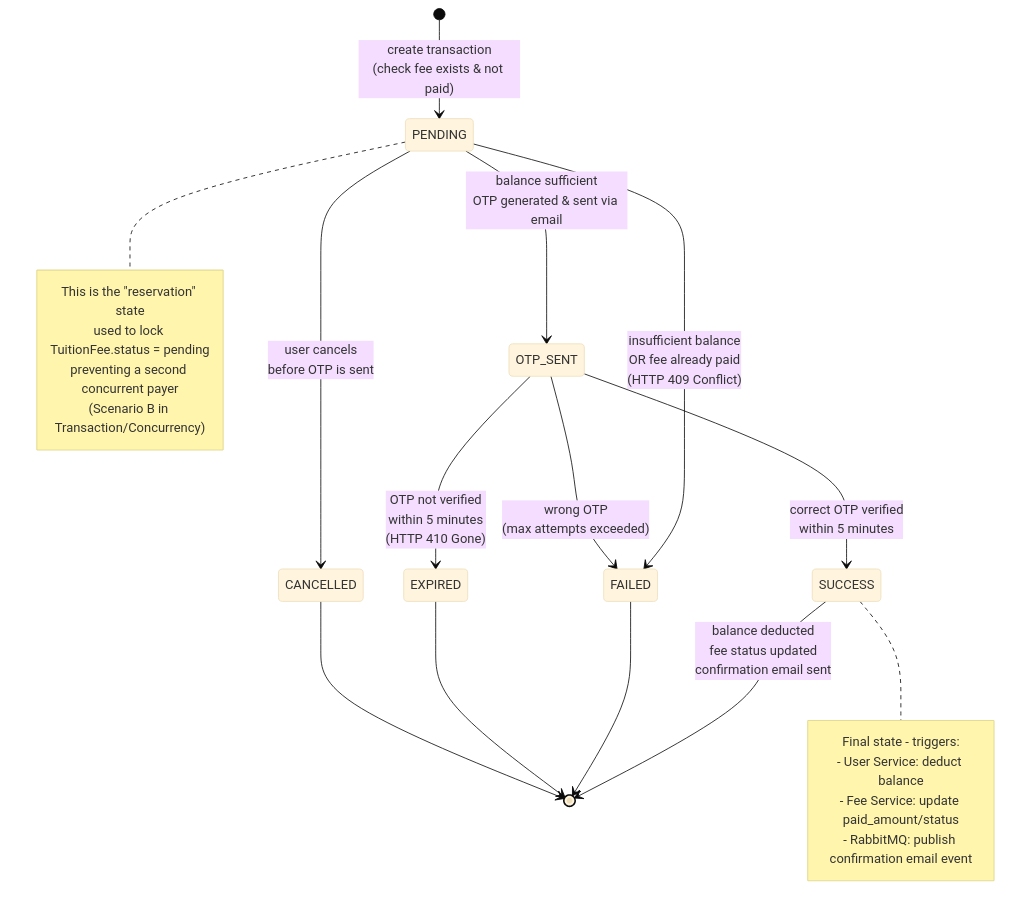
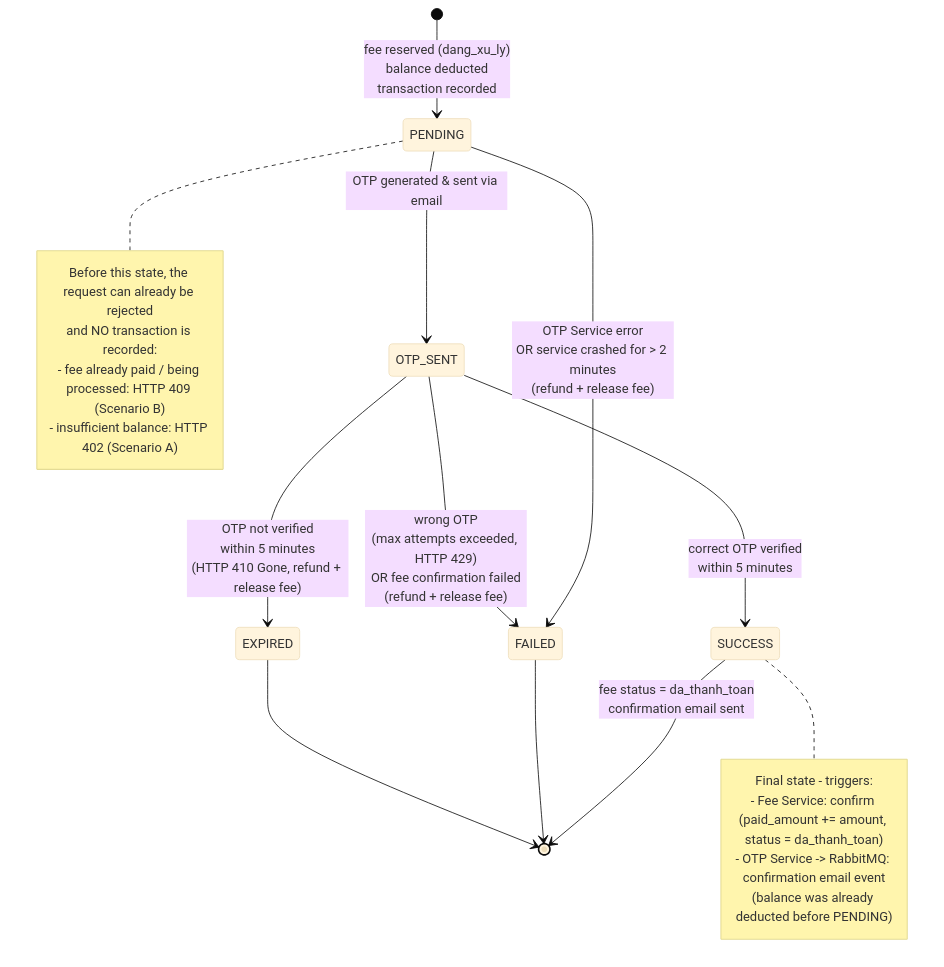
Before and after one commit to anle2072006/iBanking: the diagram in docs/diagrams/transaction_state_diagram.mermaid, drawn with Mermaid (base theme). The commit also changed 6 other files, not shown here.

```diff
--- a/docs/diagrams/transaction_state_diagram.mermaid
+++ b/docs/diagrams/transaction_state_diagram.mermaid
@@ -1,29 +1,27 @@
 stateDiagram-v2
-    [*] --> PENDING : create transaction<br/>(check fee exists & not paid)
+    [*] --> PENDING : fee reserved (dang_xu_ly)<br/>balance deducted<br/>transaction recorded
 
-    PENDING --> OTP_SENT : balance sufficient<br/>OTP generated & sent via email
-    PENDING --> FAILED : insufficient balance<br/>OR fee already paid<br/>(HTTP 409 Conflict)
-    PENDING --> CANCELLED : user cancels<br/>before OTP is sent
+    PENDING --> OTP_SENT : OTP generated & sent via email
+    PENDING --> FAILED : OTP Service error<br/>OR service crashed for > 2 minutes<br/>(refund + release fee)
 
     OTP_SENT --> SUCCESS : correct OTP verified<br/>within 5 minutes
-    OTP_SENT --> FAILED : wrong OTP<br/>(max attempts exceeded)
-    OTP_SENT --> EXPIRED : OTP not verified<br/>within 5 minutes<br/>(HTTP 410 Gone)
+    OTP_SENT --> FAILED : wrong OTP<br/>(max attempts exceeded, HTTP 429)<br/>OR fee confirmation failed<br/>(refund + release fee)
+    OTP_SENT --> EXPIRED : OTP not verified<br/>within 5 minutes<br/>(HTTP 410 Gone, refund + release fee)
 
-    SUCCESS --> [*] : balance deducted<br/>fee status updated<br/>confirmation email sent
+    SUCCESS --> [*] : fee status = da_thanh_toan<br/>confirmation email sent
     FAILED --> [*]
     EXPIRED --> [*]
-    CANCELLED --> [*]
 
     note right of SUCCESS
         Final state - triggers:
-        - User Service: deduct balance
-        - Fee Service: update paid_amount/status
-        - RabbitMQ: publish confirmation email event
+        - Fee Service: confirm (paid_amount += amount, status = da_thanh_toan)
+        - OTP Service -> RabbitMQ: confirmation email event
+        (balance was already deducted before PENDING)
     end note
 
     note right of PENDING
-        This is the "reservation" state
-        used to lock TuitionFee.status = pending
-        preventing a second concurrent payer
-        (Scenario B in Transaction/Concurrency)
+        Before this state, the request can already be rejected
+        and NO transaction is recorded:
+        - fee already paid / being processed: HTTP 409 (Scenario B)
+        - insufficient balance: HTTP 402 (Scenario A)
     end note
```
